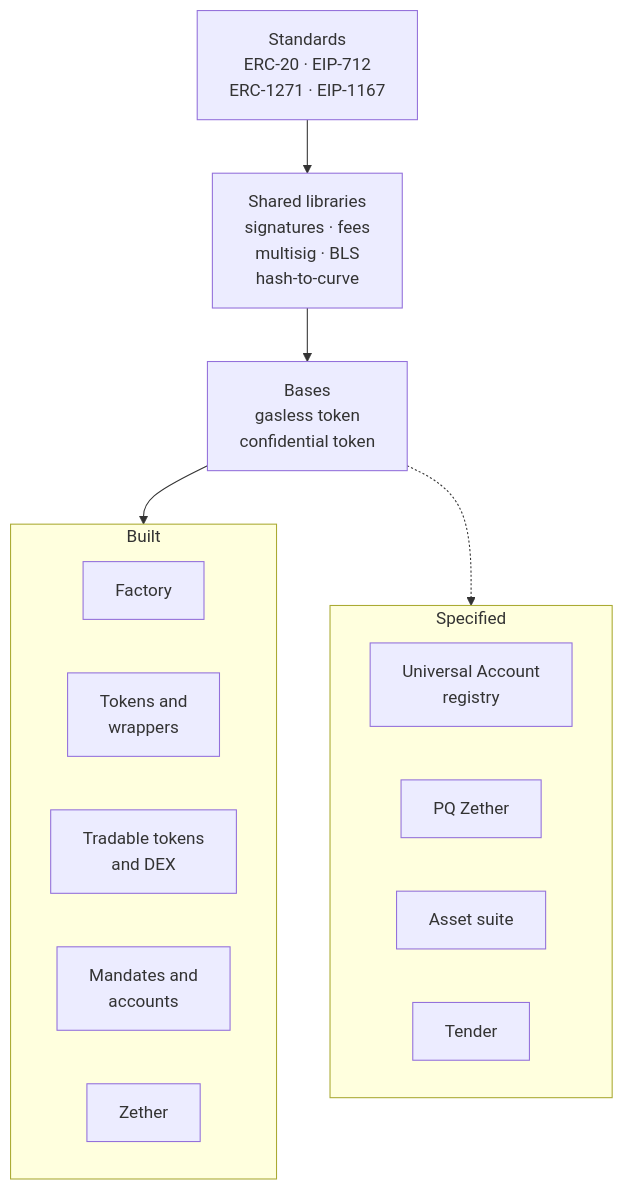
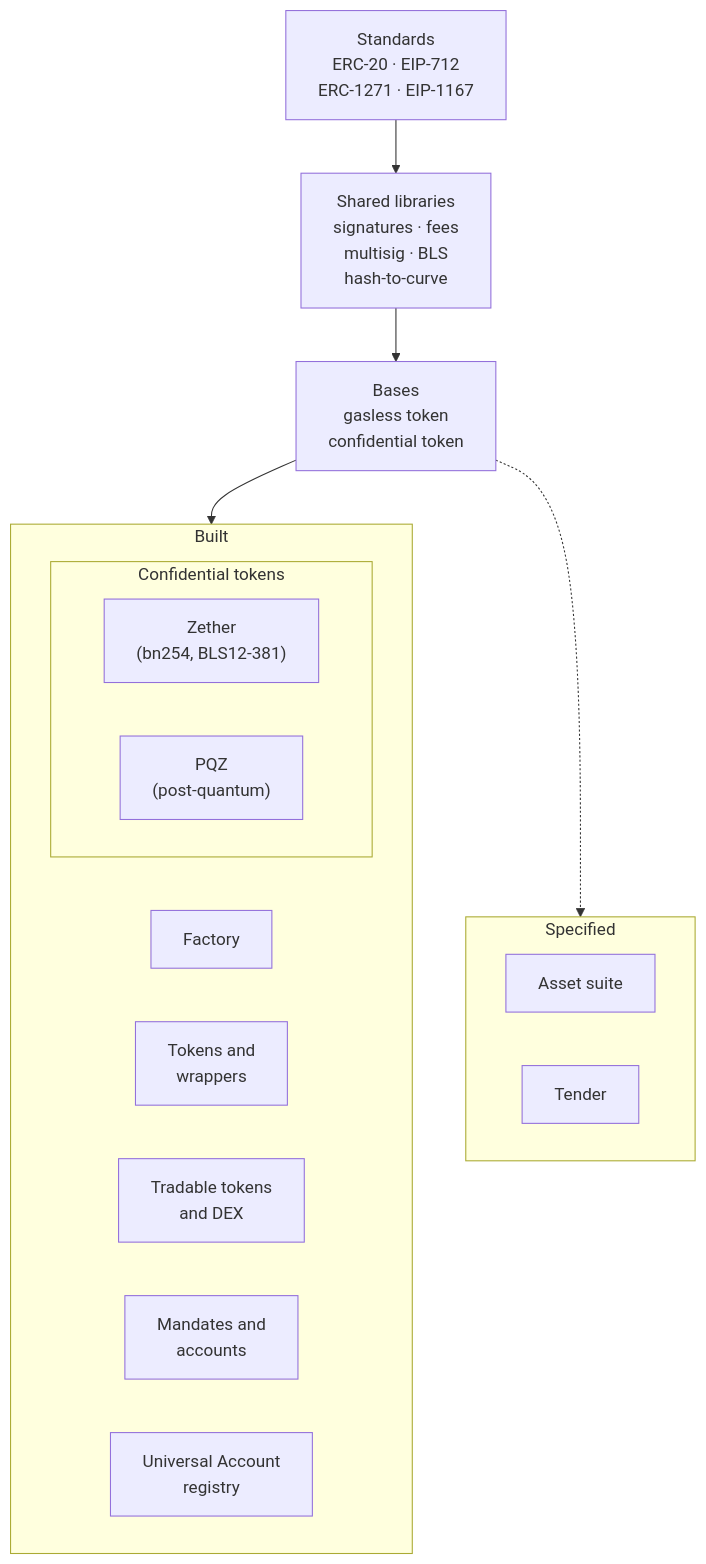
Before and after one commit to dinhduongha/scaas: the third of 8 diagrams in README.md, drawn with Mermaid. The commit also changed other lines of this file and 1 other file, not shown here.

Commit message:
README §3: Zether and PQZ together under Built (confidential tokens), UA registry Built; catalogue rows for the PQZ kinds, factory, UA; token-tree.svg gains NONE_PQZ / UNDERLYING_PQZ and PqzLib

````diff
--- a/README.md
+++ b/README.md
@@ -241,24 +241,27 @@
 ```mermaid
 flowchart TB
     STD["Standards<br/>ERC-20 · EIP-712<br/>ERC-1271 · EIP-1167"]
     LIB["Shared libraries<br/>signatures · fees<br/>multisig · BLS<br/>hash-to-curve"]
     BASE["Bases<br/>gasless token<br/>confidential token"]
     subgraph BUILT["Built"]
         direction LR
         F["Factory"]
         T["Tokens and<br/>wrappers"]
         D["Tradable tokens<br/>and DEX"]
         A["Mandates and<br/>accounts"]
-        Z["Zether"]
+        U["Universal Account<br/>registry"]
+        subgraph CONF["Confidential tokens"]
+            direction LR
+            Z["Zether<br/>(bn254, BLS12-381)"]
+            P["PQZ<br/>(post-quantum)"]
+        end
     end
     subgraph SPEC["Specified"]
         direction LR
-        U["Universal Account<br/>registry"]
-        P["PQ Zether"]
         AS["Asset suite"]
         TD["Tender"]
     end
     STD --> LIB --> BASE
     BASE --> BUILT
     BASE -.-> SPEC
 ```
````
